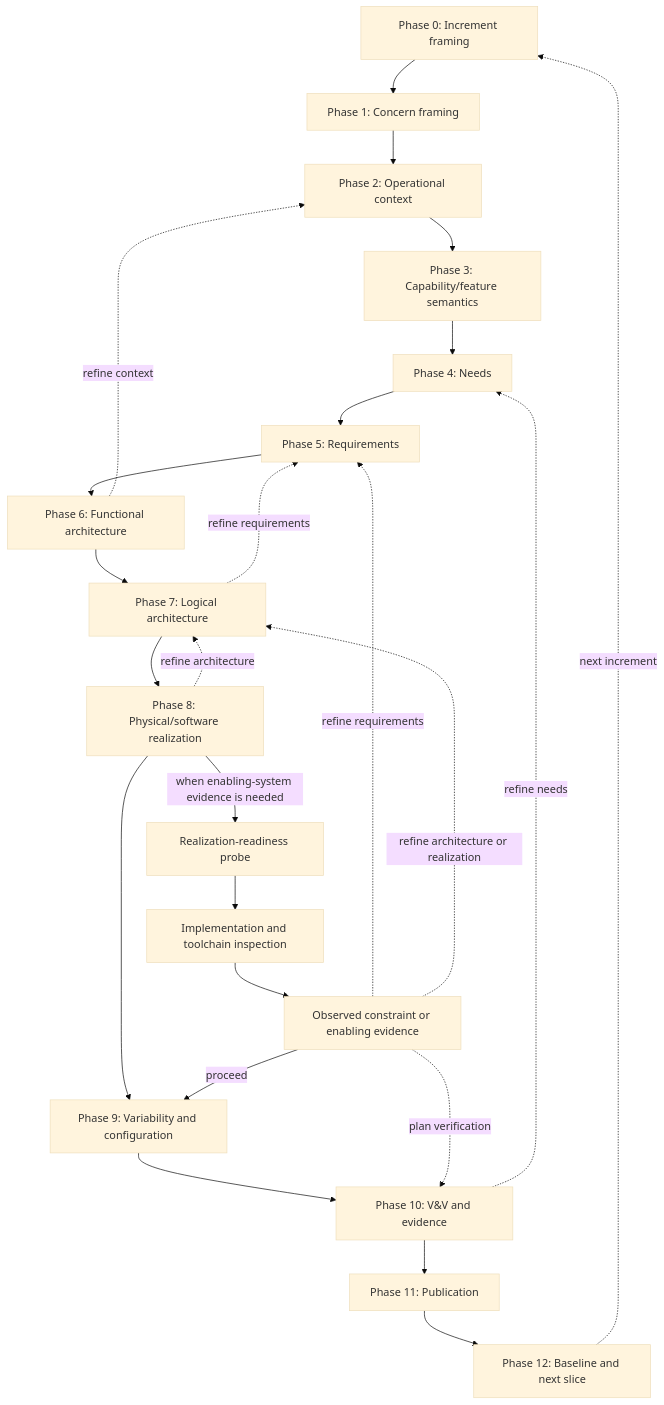
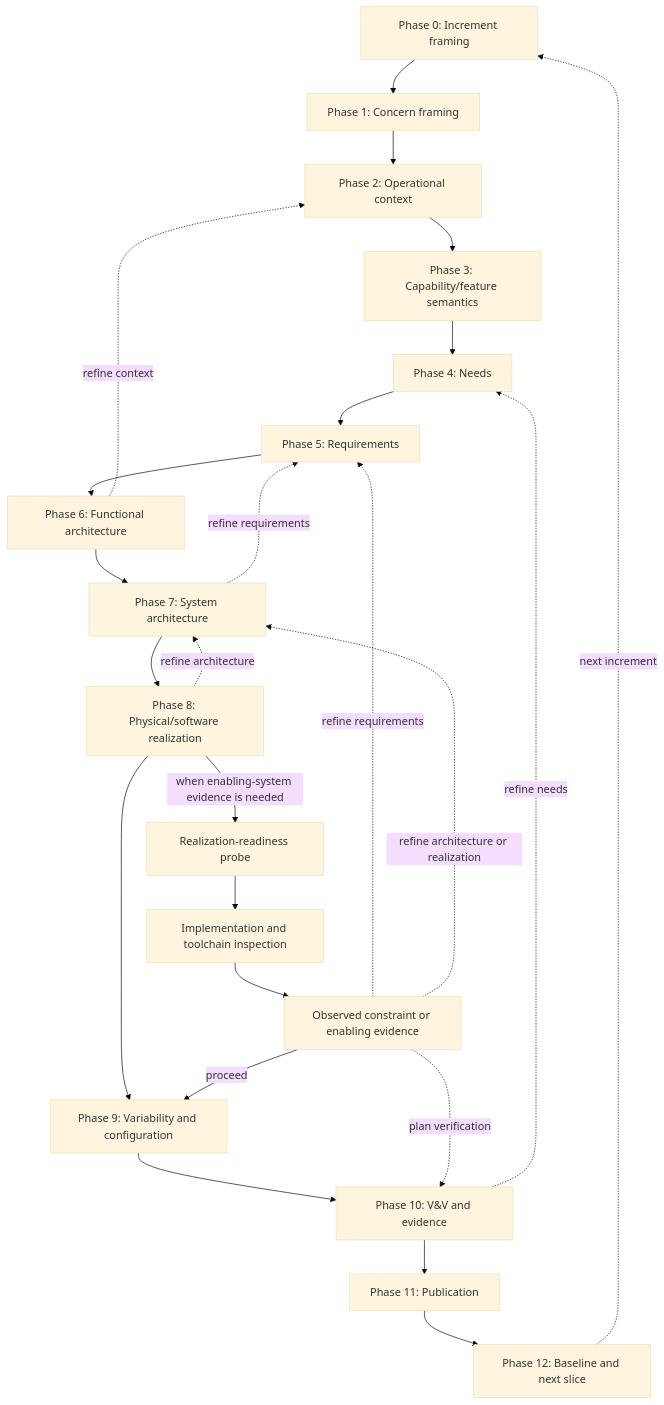
One commit to de4sdv/DE4SDV changed the diagram in methodologies/sysmod-sysmlv2/process-mapping.md. Above: the diagram before and after it, drawn with Mermaid (base theme). The commit also changed other lines of this file and 28 other files, not shown here.

First line of the commit message:
refactor(saf): complete repo-wide Logical* -> System* vocabulary sweep

````diff
--- a/methodologies/sysmod-sysmlv2/process-mapping.md
+++ b/methodologies/sysmod-sysmlv2/process-mapping.md
@@ -65,34 +65,34 @@
 ```mermaid
 graph TD
     P0[Phase 0: Increment framing]
     P1[Phase 1: Concern framing]
     P2[Phase 2: Operational context]
     P3[Phase 3: Capability/feature semantics]
     P4[Phase 4: Needs]
     P5[Phase 5: Requirements]
     P6[Phase 6: Functional architecture]
-    P7[Phase 7: Logical architecture]
+    P7[Phase 7: System architecture]
     P8[Phase 8: Physical/software realization]
     P9[Phase 9: Variability and configuration]
     P10[Phase 10: V&V and evidence]
     P11[Phase 11: Publication]
     P12[Phase 12: Baseline and next slice]
 
     P0 --> P1 --> P2 --> P3 --> P4 --> P5
     P5 --> P6 --> P7 --> P8 --> P9 --> P10
     P10 --> P11 --> P12
     P12 -.->|"next increment"| P0
 
     P8 -->|"when enabling-system evidence is needed"| RP[Realization-readiness probe]
     RP --> RI[Implementation and toolchain inspection]
     RI --> RE[Observed constraint or enabling evidence]
     RE -->|"proceed"| P9
     RE -.->|"refine requirements"| P5
     RE -.->|"refine architecture or realization"| P7
     RE -.->|"plan verification"| P10
 
     P7 -.->|"refine requirements"| P5
     P8 -.->|"refine architecture"| P7
     P10 -.->|"refine needs"| P4
     P6 -.->|"refine context"| P2
 ```
````
